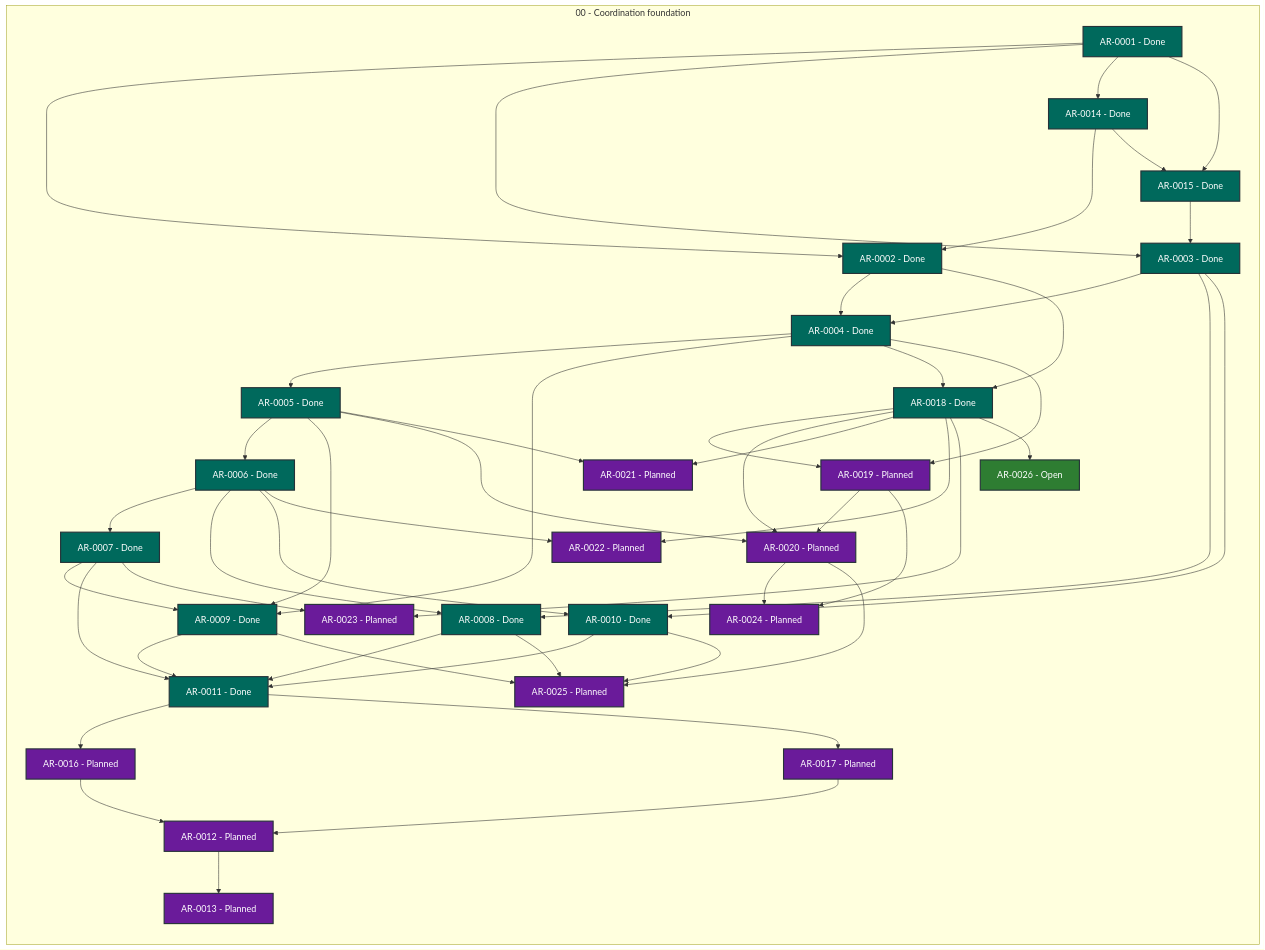
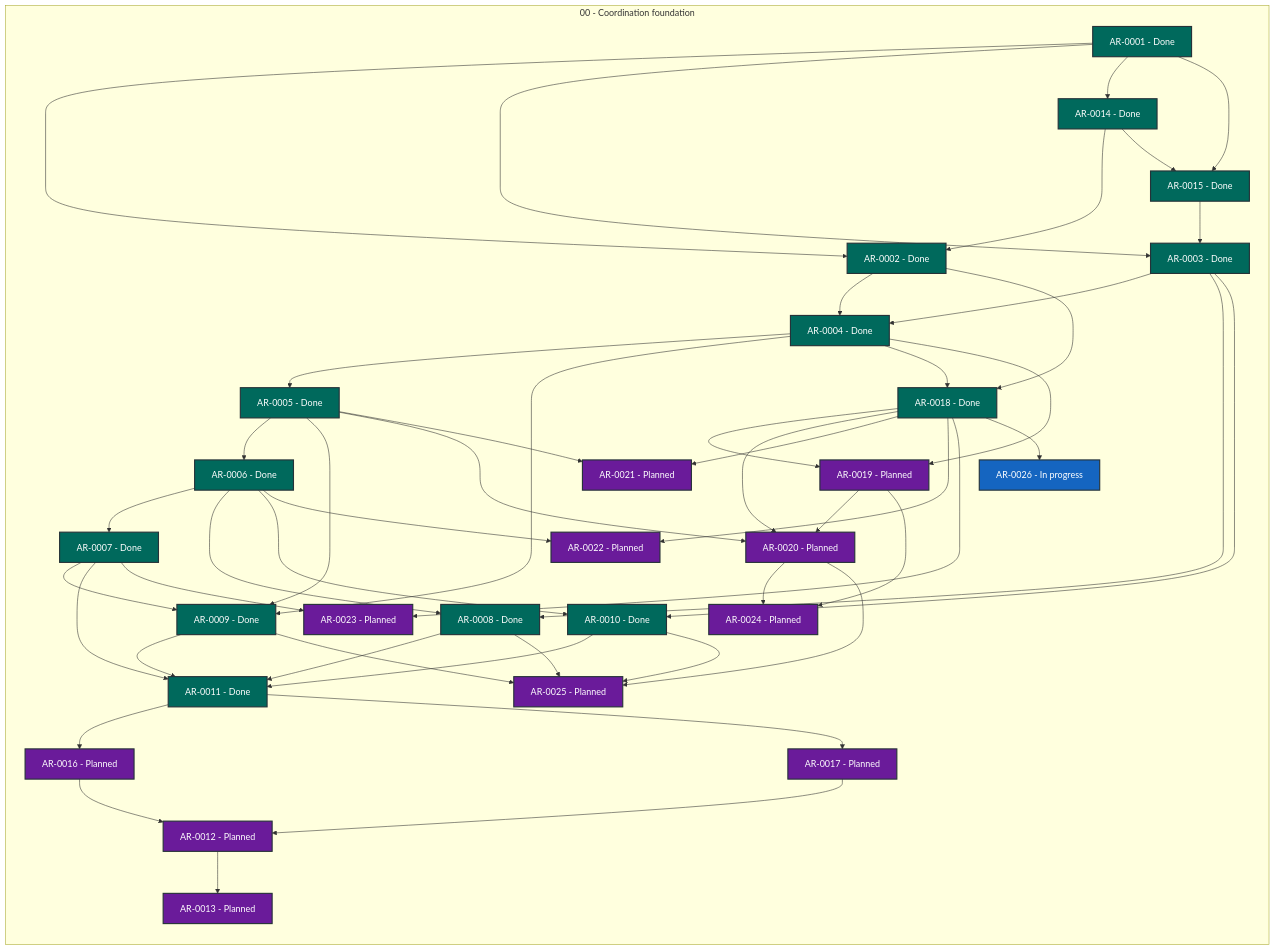
The diagram in STATUS.md (martin-beck/agent-workflow-tui-state), drawn with Mermaid before and after one commit. The commit also changed other lines of this file and 2 other files, not shown here.

```diff
--- a/STATUS.md
+++ b/STATUS.md
@@ -53,7 +53,7 @@
         AR_0023["AR-0023 - Planned"]:::status_planned
         AR_0024["AR-0024 - Planned"]:::status_planned
         AR_0025["AR-0025 - Planned"]:::status_planned
-        AR_0026["AR-0026 - Open"]:::status_open
+        AR_0026["AR-0026 - In progress"]:::status_in_progress
     end
     AR_0001 --> AR_0002
     AR_0001 --> AR_0003
```
